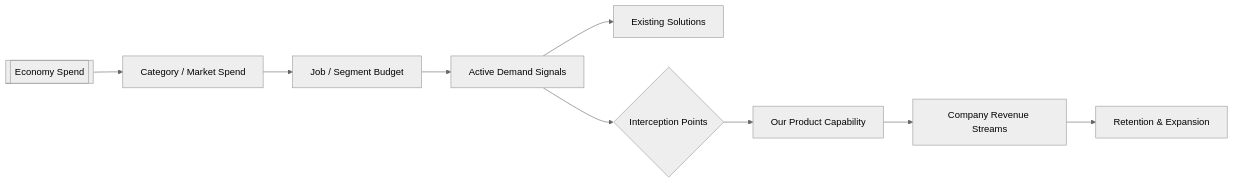
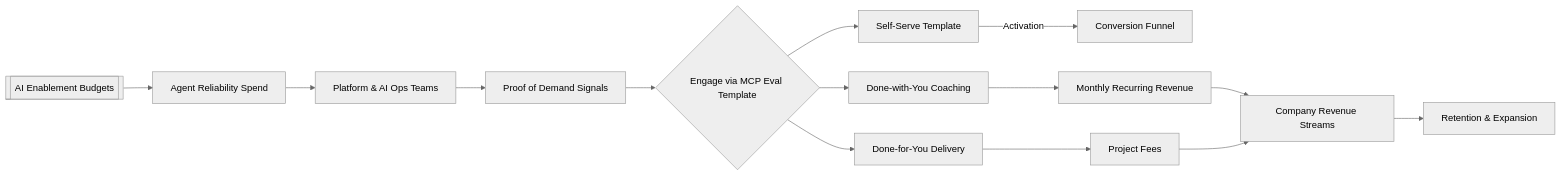
The diagram in scaffolding/agent-artifacts/analysis/market-business-flow.md (rkwai/mcp-eval), drawn with Mermaid (neutral theme) before and after one commit. The commit also changed other lines of this file and 20 other files, not shown here.

Commit message:
let the agents run to flesh out agent-artifacts and the mcp-server and api-service

````diff
--- a/scaffolding/agent-artifacts/analysis/market-business-flow.md
+++ b/scaffolding/agent-artifacts/analysis/market-business-flow.md
@@ -14,11 +14,16 @@
 ```mermaid
 flowchart LR
-    Economy[[Economy Spend]] --> Market[Category / Market Spend]
-    Market --> Segment[Job / Segment Budget]
-    Segment --> Customers[Active Demand Signals]
-    Customers --> Incumbents[Existing Solutions]
-    Customers --> Interception{Interception Points}
-    Interception --> Product[Our Product Capability]
-    Product --> Company[Company Revenue Streams]
-    Company --> Reinforcement[Retention & Expansion]
+    Economy[[AI Enablement Budgets]] --> Market[Agent Reliability Spend]
+    Market --> Segment[Platform & AI Ops Teams]
+    Segment --> Demand[Proof of Demand Signals]
+    Demand --> Interception{Engage via MCP Eval Template}
+    Interception --> SelfServe[Self-Serve Template]
+    Interception --> DWY[Done-with-You Coaching]
+    Interception --> DFY[Done-for-You Delivery]
+    SelfServe -->|Activation| Upsell[Conversion Funnel]
+    DWY --> Revenue1[Monthly Recurring Revenue]
+    DFY --> Revenue2[Project Fees]
+    Revenue1 --> Company[Company Revenue Streams]
+    Revenue2 --> Company
+    Company --> Reinforce[Retention & Expansion]
 ```
````
